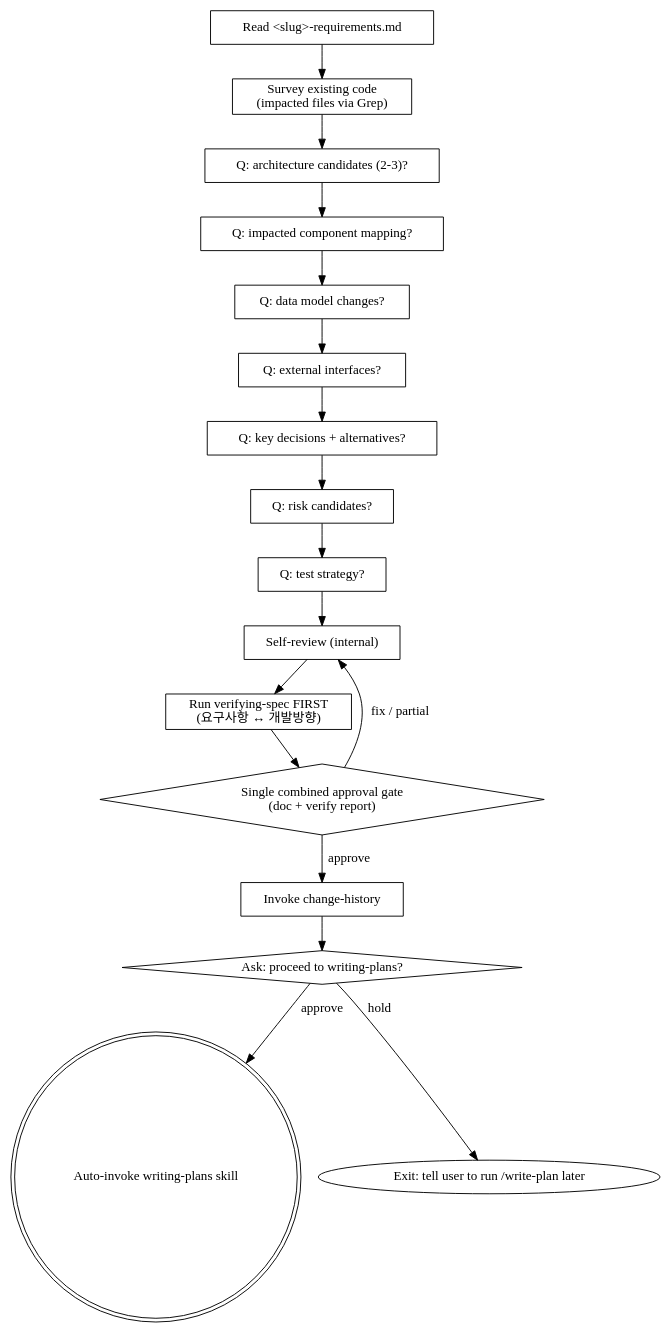
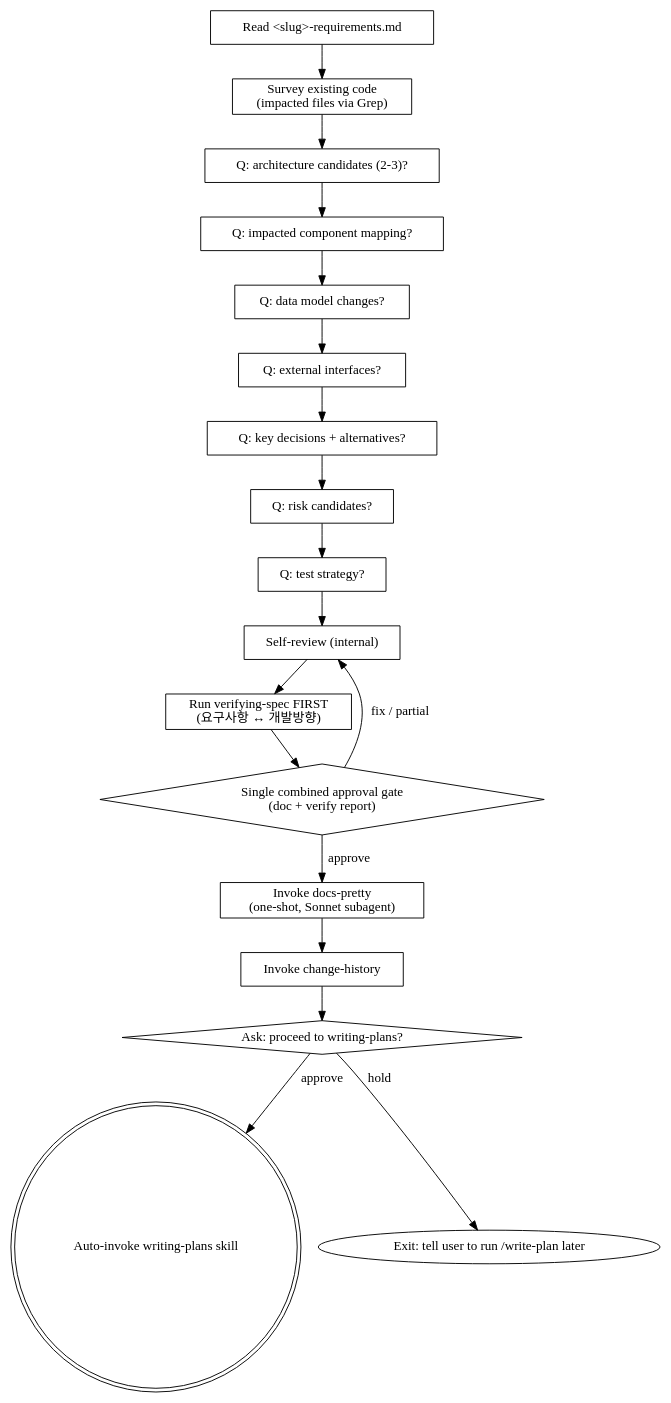
The diagram in skills/designing-direction/SKILL.md (deokjinlog/intent-locked-workflow), drawn with Graphviz before and after one commit. The commit also changed other lines of this file and 12 other files, not shown here.

First line of the commit message:
워크플로우 개선 (위험 카테고리 / git-fast / docs-pretty / dual-mode 등)

````diff
--- a/skills/designing-direction/SKILL.md
+++ b/skills/designing-direction/SKILL.md
@@ -59,37 +60,39 @@
 ```dot
 digraph design_flow {
     "Read <slug>-requirements.md" [shape=box];
     "Survey existing code\n(impacted files via Grep)" [shape=box];
     "Q: architecture candidates (2-3)?" [shape=box];
     "Q: impacted component mapping?" [shape=box];
     "Q: data model changes?" [shape=box];
     "Q: external interfaces?" [shape=box];
     "Q: key decisions + alternatives?" [shape=box];
     "Q: risk candidates?" [shape=box];
     "Q: test strategy?" [shape=box];
     "Self-review (internal)" [shape=box];
     "Run verifying-spec FIRST\n(요구사항 ↔ 개발방향)" [shape=box];
     "Single combined approval gate\n(doc + verify report)" [shape=diamond];
+    "Invoke docs-pretty\n(one-shot, Sonnet subagent)" [shape=box];
     "Invoke change-history" [shape=box];
     "Ask: proceed to writing-plans?" [shape=diamond];
     "Auto-invoke writing-plans skill" [shape=doublecircle];
     "Exit: tell user to run /write-plan later" [shape=oval];
 
     "Read <slug>-requirements.md" -> "Survey existing code\n(impacted files via Grep)";
     "Survey existing code\n(impacted files via Grep)" -> "Q: architecture candidates (2-3)?";
     "Q: architecture candidates (2-3)?" -> "Q: impacted component mapping?";
     "Q: impacted component mapping?" -> "Q: data model changes?";
     "Q: data model changes?" -> "Q: external interfaces?";
     "Q: external interfaces?" -> "Q: key decisions + alternatives?";
     "Q: key decisions + alternatives?" -> "Q: risk candidates?";
     "Q: risk candidates?" -> "Q: test strategy?";
     "Q: test strategy?" -> "Self-review (internal)";
     "Self-review (internal)" -> "Run verifying-spec FIRST\n(요구사항 ↔ 개발방향)";
     "Run verifying-spec FIRST\n(요구사항 ↔ 개발방향)" -> "Single combined approval gate\n(doc + verify report)";
     "Single combined approval gate\n(doc + verify report)" -> "Self-review (internal)" [label="fix / partial"];
-    "Single combined approval gate\n(doc + verify report)" -> "Invoke change-history" [label="approve"];
+    "Single combined approval gate\n(doc + verify report)" -> "Invoke docs-pretty\n(one-shot, Sonnet subagent)" [label="approve"];
+    "Invoke docs-pretty\n(one-shot, Sonnet subagent)" -> "Invoke change-history";
     "Invoke change-history" -> "Ask: proceed to writing-plans?";
     "Ask: proceed to writing-plans?" -> "Auto-invoke writing-plans skill" [label="approve"];
     "Ask: proceed to writing-plans?" -> "Exit: tell user to run /write-plan later" [label="hold"];
 }
 ```
````
